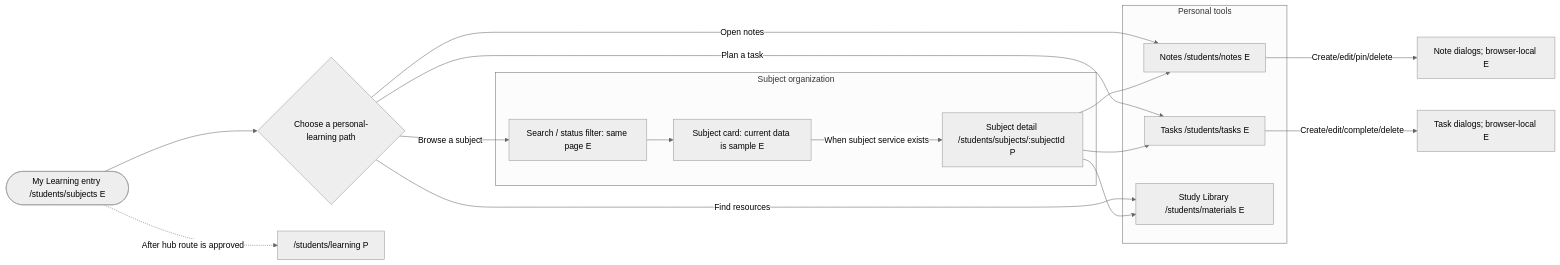
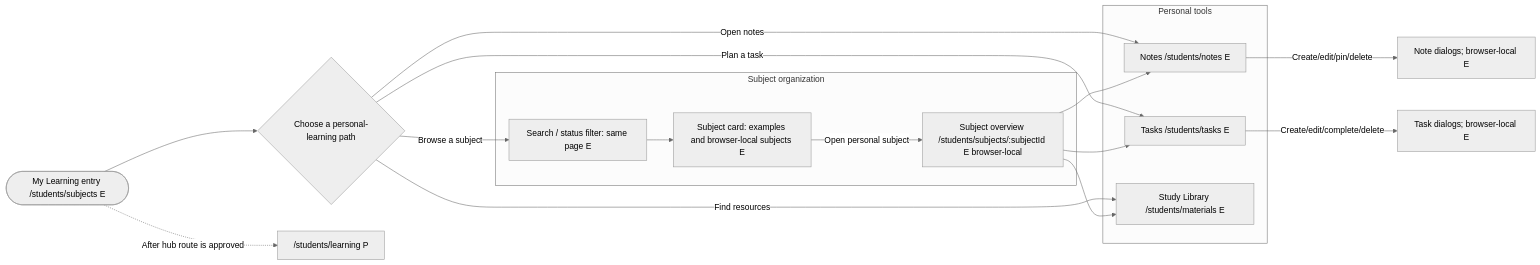
One commit to devCarlJoseph/owlio-app changed the second of 14 diagrams in OWLIO_STUDENT__WORKFLOW_PLAN.md. Above: the diagram before and after it, drawn with Mermaid (neutral theme). The commit also changed other lines of this file and 6 other files, not shown here.

````diff
--- a/OWLIO_STUDENT__WORKFLOW_PLAN.md
+++ b/OWLIO_STUDENT__WORKFLOW_PLAN.md
@@ -340,26 +342,26 @@
 ```mermaid
 flowchart LR
   ML(["My Learning entry /students/subjects E"]) --> HUB{"Choose a personal-learning path"}
   subgraph SUBJECT["Subject organization"]
     FILTER["Search / status filter: same page E"]
-    CARD["Subject card: current data is sample E"]
-    DETAIL["Subject detail /students/subjects/:subjectId P"]
+    CARD["Subject card: examples and browser-local subjects E"]
+    DETAIL["Subject overview /students/subjects/:subjectId E browser-local"]
     FILTER --> CARD
-    CARD -->|"When subject service exists"| DETAIL
+    CARD -->|"Open personal subject"| DETAIL
   end
   subgraph PERSONAL_TOOLS["Personal tools"]
     NOTES["Notes /students/notes E"]
     TASKS["Tasks /students/tasks E"]
     LIB["Study Library /students/materials E"]
   end
   HUB -->|"Browse a subject"| FILTER
   HUB -->|"Open notes"| NOTES
   HUB -->|"Plan a task"| TASKS
   HUB -->|"Find resources"| LIB
   DETAIL --> NOTES
   DETAIL --> TASKS
   DETAIL --> LIB
   NOTES -->|"Create/edit/pin/delete"| NOTE_DIALOG["Note dialogs; browser-local E"]
   TASKS -->|"Create/edit/complete/delete"| TASK_DIALOG["Task dialogs; browser-local E"]
   ML -.->|"After hub route is approved"| FUTURE["/students/learning P"]
 ```
````
